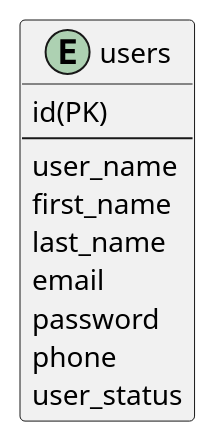
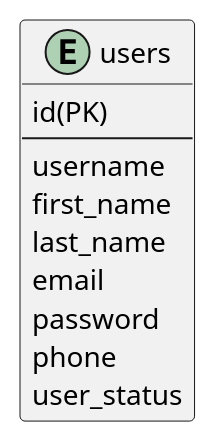
Before and after one commit to taka011002/go_sample_api_server: the diagram in uml/table.puml, drawn with PlantUML. The commit also changed 4 other files, not shown here.

```diff
--- a/uml/table.puml
+++ b/uml/table.puml
@@ -1,13 +1,13 @@
 @startuml
 entity users {
 id(PK)
 --
-user_name
+username
 first_name
 last_name
 email
 password
 phone
 user_status
 }
 @enduml
```
